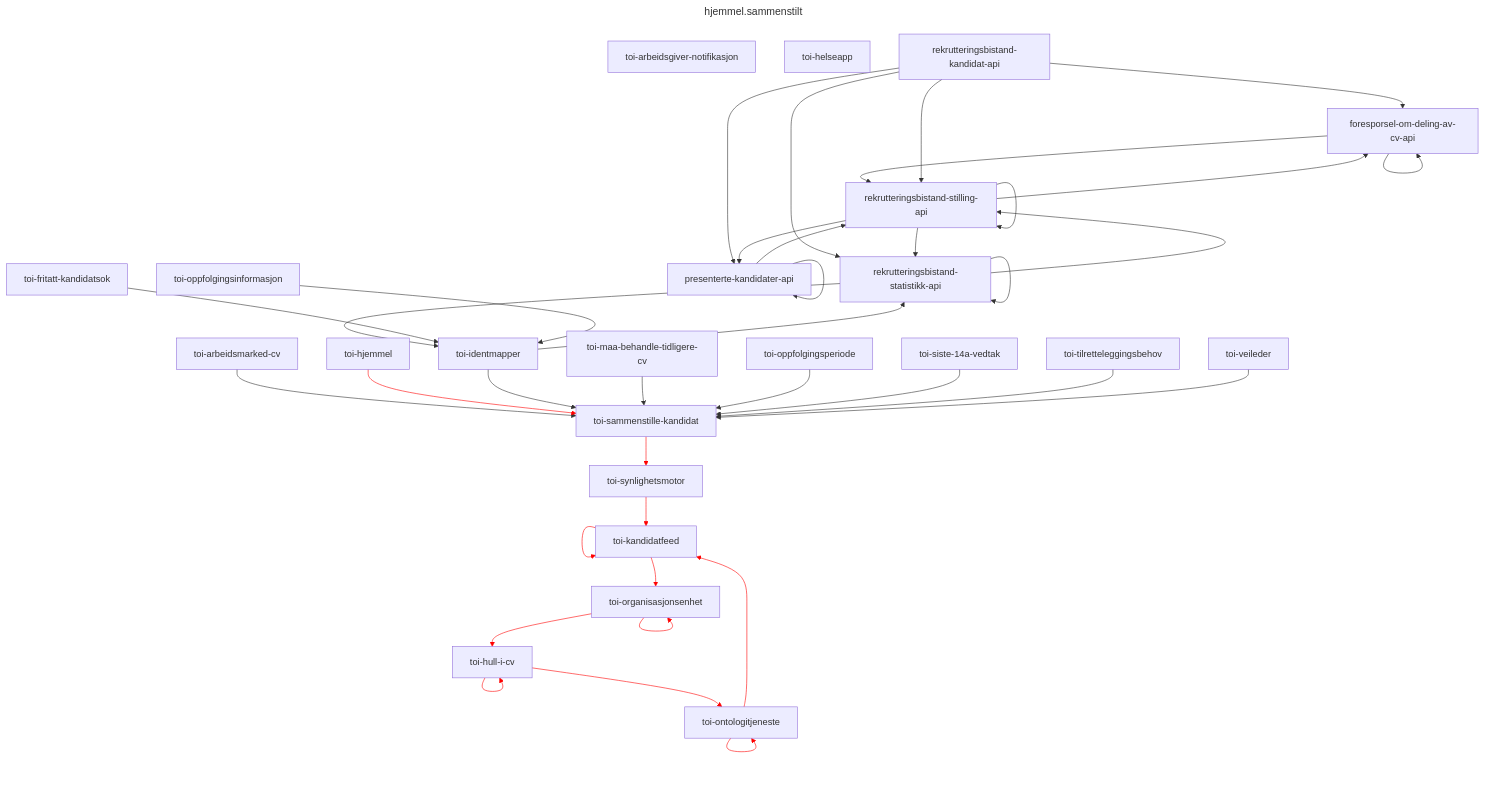
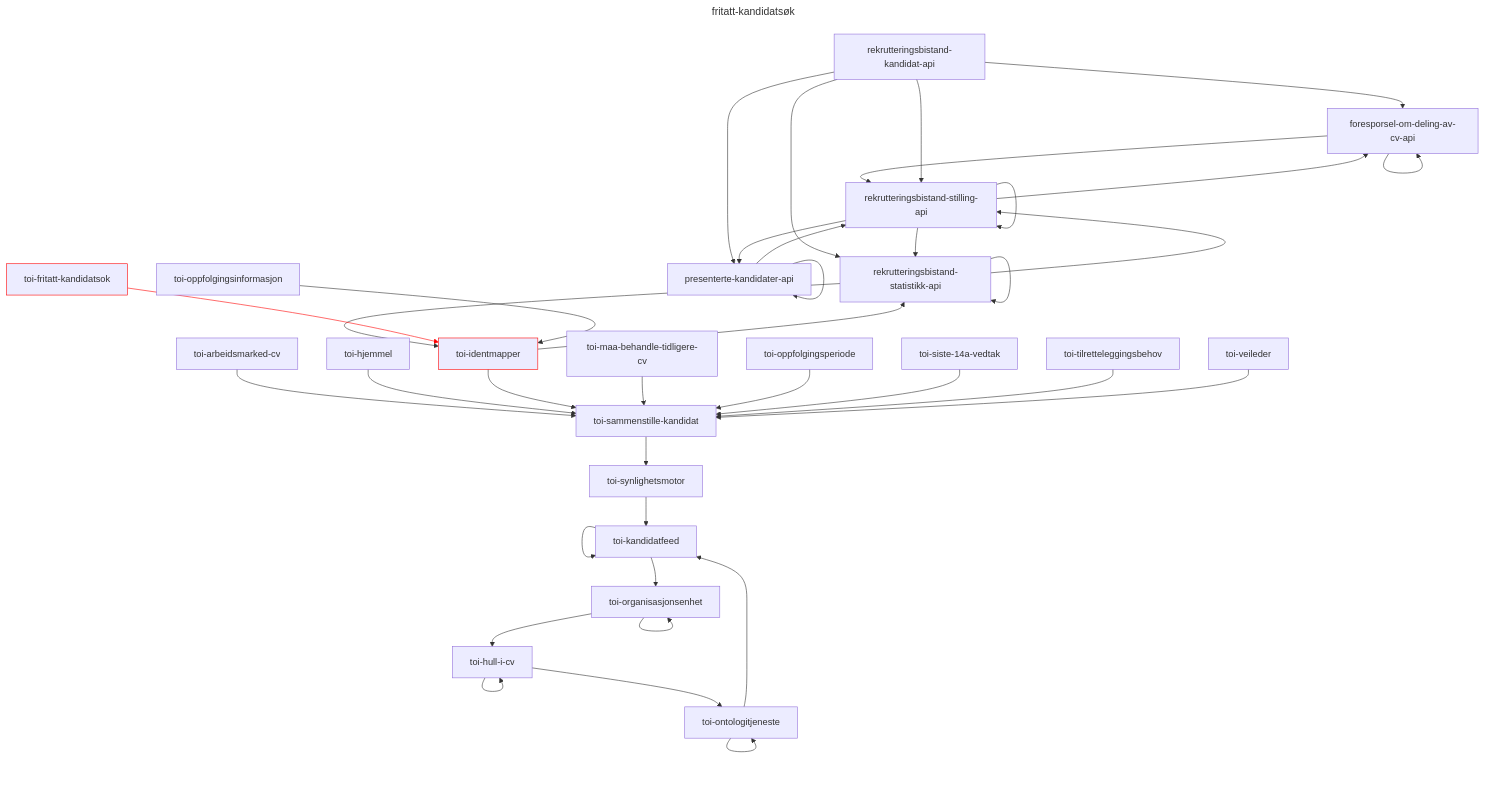
One commit to navikt/toi-rapids-and-rivers-grapher changed the fourth of 34 diagrams in README.md. Above: the diagram before and after it, drawn with Mermaid. The commit also changed other lines of this file, not shown here.

````diff
--- a/README.md
+++ b/README.md
@@ -148,56 +133,45 @@
 ```mermaid
 ---
-title: hjemmel.sammenstilt
+title: fritatt-kandidatsøk
 ---
 graph TD;
-toi-arbeidsgiver-notifikasjon;
-toi-helseapp;
 foresporsel-om-deling-av-cv-api --> foresporsel-om-deling-av-cv-api;
 foresporsel-om-deling-av-cv-api --> rekrutteringsbistand-stilling-api;
 presenterte-kandidater-api --> presenterte-kandidater-api;
 presenterte-kandidater-api --> rekrutteringsbistand-stilling-api;
 rekrutteringsbistand-kandidat-api --> foresporsel-om-deling-av-cv-api;
 rekrutteringsbistand-kandidat-api --> presenterte-kandidater-api;
 rekrutteringsbistand-kandidat-api --> rekrutteringsbistand-statistikk-api;
 rekrutteringsbistand-kandidat-api --> rekrutteringsbistand-stilling-api;
 rekrutteringsbistand-statistikk-api --> rekrutteringsbistand-statistikk-api;
 rekrutteringsbistand-statistikk-api --> rekrutteringsbistand-stilling-api;
 rekrutteringsbistand-statistikk-api --> toi-identmapper;
 rekrutteringsbistand-stilling-api --> foresporsel-om-deling-av-cv-api;
 rekrutteringsbistand-stilling-api --> presenterte-kandidater-api;
 rekrutteringsbistand-stilling-api --> rekrutteringsbistand-statistikk-api;
 rekrutteringsbistand-stilling-api --> rekrutteringsbistand-stilling-api;
 toi-arbeidsmarked-cv --> toi-sammenstille-kandidat;
-toi-fritatt-kandidatsok --> toi-identmapper;
+toi-fritatt-kandidatsok:::x --> toi-identmapper:::x;
 toi-hjemmel --> toi-sammenstille-kandidat;
 toi-hull-i-cv --> toi-hull-i-cv;
 toi-hull-i-cv --> toi-ontologitjeneste;
 toi-identmapper --> rekrutteringsbistand-statistikk-api;
 toi-identmapper --> toi-sammenstille-kandidat;
 toi-kandidatfeed --> toi-kandidatfeed;
 toi-kandidatfeed --> toi-organisasjonsenhet;
 toi-maa-behandle-tidligere-cv --> toi-sammenstille-kandidat;
 toi-ontologitjeneste --> toi-kandidatfeed;
 toi-ontologitjeneste --> toi-ontologitjeneste;
 toi-oppfolgingsinformasjon --> toi-identmapper;
 toi-oppfolgingsperiode --> toi-sammenstille-kandidat;
 toi-organisasjonsenhet --> toi-hull-i-cv;
 toi-organisasjonsenhet --> toi-organisasjonsenhet;
 toi-sammenstille-kandidat --> toi-synlighetsmotor;
 toi-siste-14a-vedtak --> toi-sammenstille-kandidat;
 toi-synlighetsmotor --> toi-kandidatfeed;
 toi-tilretteleggingsbehov --> toi-sammenstille-kandidat;
 toi-veileder --> toi-sammenstille-kandidat;
 
-linkStyle 17 stroke:red;
-linkStyle 18 stroke:red;
-linkStyle 19 stroke:red;
-linkStyle 22 stroke:red;
-linkStyle 23 stroke:red;
-linkStyle 25 stroke:red;
-linkStyle 26 stroke:red;
-linkStyle 29 stroke:red;
-linkStyle 30 stroke:red;
-linkStyle 31 stroke:red;
-linkStyle 33 stroke:red;
+linkStyle 16 stroke:red;
+classDef x stroke: red;
 ```
````
